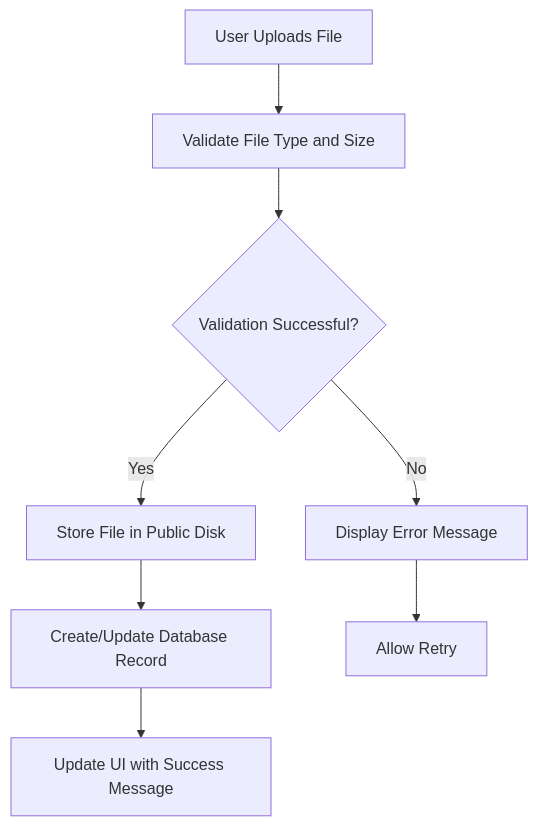
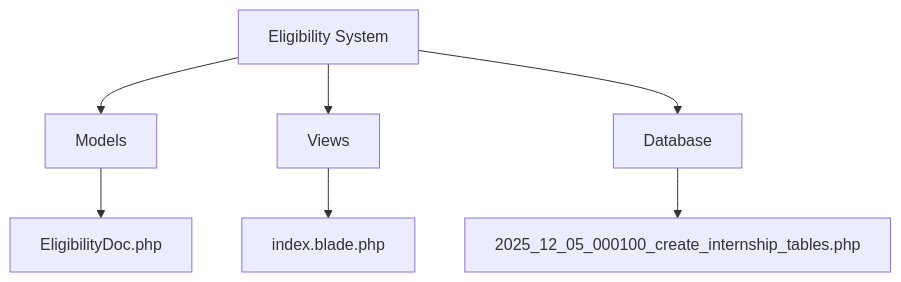
The first of 6 diagrams in .qoder/repowiki/en/content/Core Modules/Student Module/Eligibility System.md (puromed/internims), drawn with Mermaid before and after one commit. The commit also changed other lines of this file and 51 other files, not shown here.

````diff
--- a/.qoder/repowiki/en/content/Core Modules/Student Module/Eligibility System.md
+++ b/.qoder/repowiki/en/content/Core Modules/Student Module/Eligibility System.md
@@ -44,10 +31,9 @@
 ```mermaid
-flowchart TD
-A[User Uploads File] --> B[Validate File Type and Size]
-B --> C{Validation Successful?}
-C --> |Yes| D[Store File in Public Disk]
-D --> E[Create/Update Database Record]
-E --> F[Update UI with Success Message]
-C --> |No| G[Display Error Message]
-G --> H[Allow Retry]
+graph TD
+A[Eligibility System] --> B[Models]
+A --> C[Views]
+A --> D[Database]
+B --> E[EligibilityDoc.php]
+C --> F[index.blade.php]
+D --> G[2025_12_05_000100_create_internship_tables.php]
 ```
````
